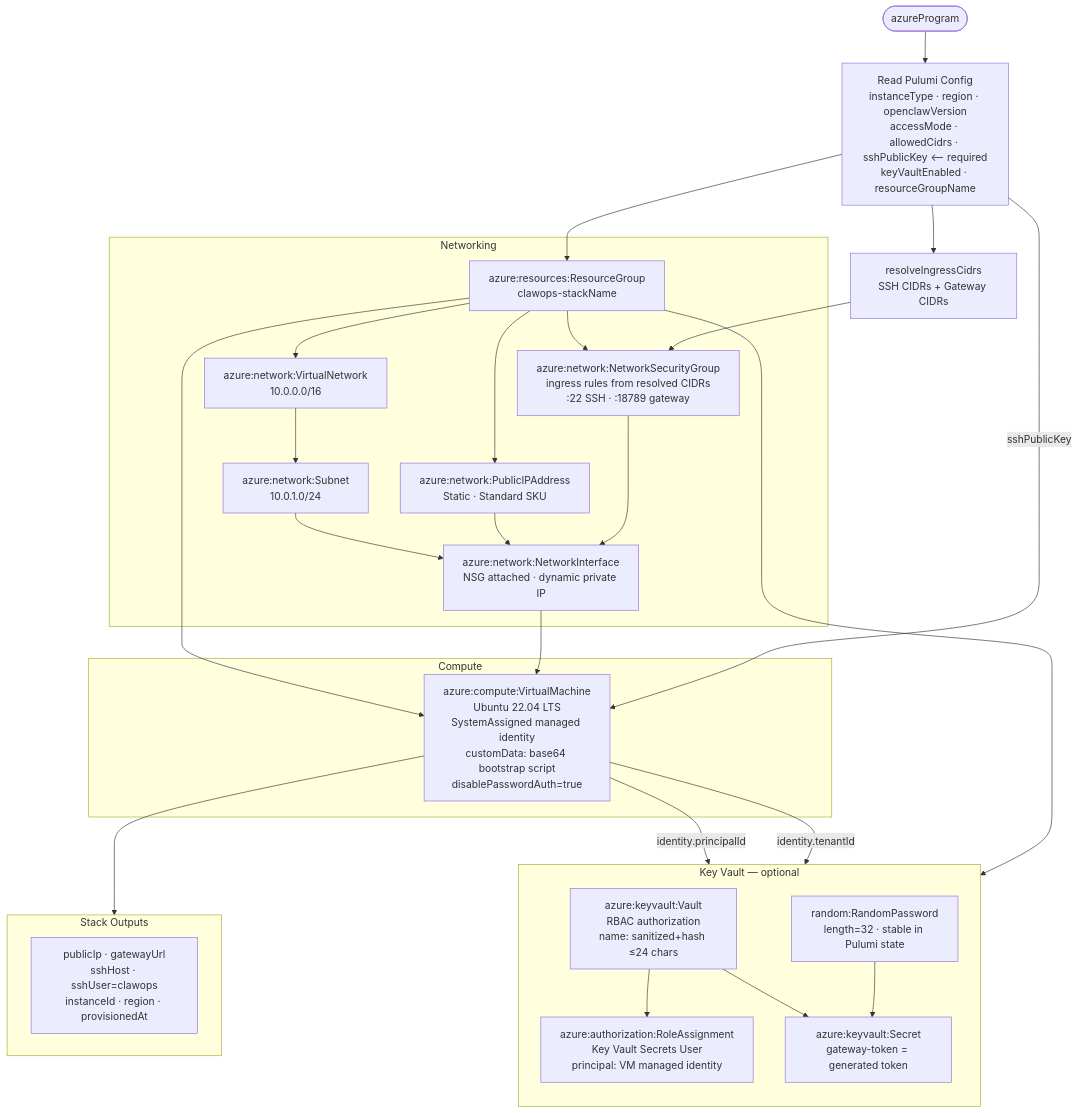
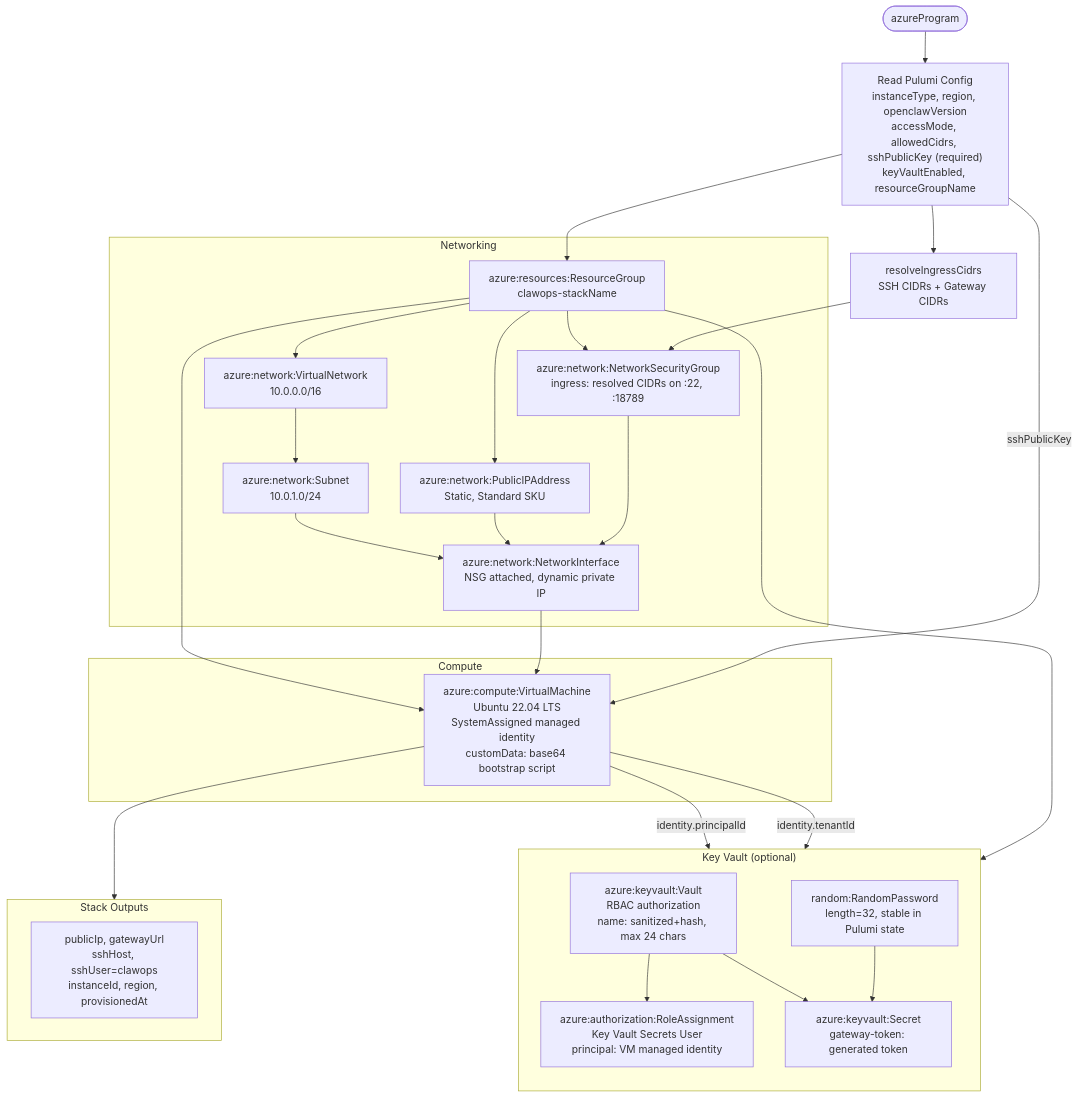
One commit to dfridkin/clawops changed the third of 3 diagrams in README.md. Above: the diagram before and after it, drawn with Mermaid. The commit also changed other lines of this file, not shown here.

First line of the commit message:
fix(docs): fix Mermaid diagram syntax for VS Code compatibility

````diff
--- a/README.md
+++ b/README.md
@@ -507,54 +507,54 @@
 ```mermaid
 flowchart TD
-    A([azureProgram]) --> CFG[Read Pulumi Config\ninstanceType · region · openclawVersion\naccessMode · allowedCidrs · sshPublicKey ⟵ required\nkeyVaultEnabled · resourceGroupName]
+    A([azureProgram]) --> CFG["Read Pulumi Config\ninstanceType, region, openclawVersion\naccessMode, allowedCidrs, sshPublicKey (required)\nkeyVaultEnabled, resourceGroupName"]
 
-    CFG --> CIDR[resolveIngressCidrs\nSSH CIDRs + Gateway CIDRs]
-    CFG --> RG[azure:resources:ResourceGroup\nclawops-stackName]
+    CFG --> CIDR["resolveIngressCidrs\nSSH CIDRs + Gateway CIDRs"]
+    CFG --> RG["azure:resources:ResourceGroup\nclawops-stackName"]
 
-    subgraph NET [Networking]
-        VNET[azure:network:VirtualNetwork\n10.0.0.0/16]
-        SUBNET[azure:network:Subnet\n10.0.1.0/24]
-        NSG[azure:network:NetworkSecurityGroup\ningress rules from resolved CIDRs\n:22 SSH · :18789 gateway]
-        PIP[azure:network:PublicIPAddress\nStatic · Standard SKU]
-        NIC[azure:network:NetworkInterface\nNSG attached · dynamic private IP]
+    subgraph NET["Networking"]
+        VNET["azure:network:VirtualNetwork\n10.0.0.0/16"]
+        SUBNET["azure:network:Subnet\n10.0.1.0/24"]
+        NSG["azure:network:NetworkSecurityGroup\ningress: resolved CIDRs on :22, :18789"]
+        PIP["azure:network:PublicIPAddress\nStatic, Standard SKU"]
+        NIC["azure:network:NetworkInterface\nNSG attached, dynamic private IP"]
 
         RG --> VNET --> SUBNET
         RG --> NSG
         RG --> PIP
         SUBNET --> NIC
         PIP --> NIC
         NSG --> NIC
     end
 
     CIDR --> NSG
 
-    subgraph COMPUTE [Compute]
-        VM[azure:compute:VirtualMachine\nUbuntu 22.04 LTS\nSystemAssigned managed identity\ncustomData: base64 bootstrap script\ndisablePasswordAuth=true]
+    subgraph COMPUTE["Compute"]
+        VM["azure:compute:VirtualMachine\nUbuntu 22.04 LTS\nSystemAssigned managed identity\ncustomData: base64 bootstrap script"]
     end
 
     RG --> VM
     NIC --> VM
     CFG -->|sshPublicKey| VM
 
-    subgraph KV [Key Vault — optional]
+    subgraph KV["Key Vault (optional)"]
         direction TB
-        VAULT[azure:keyvault:Vault\nRBAC authorization\nname: sanitized+hash ≤24 chars]
-        RA[azure:authorization:RoleAssignment\nKey Vault Secrets User\nprincipal: VM managed identity]
-        RPASS[random:RandomPassword\nlength=32 · stable in Pulumi state]
-        SECRET[azure:keyvault:Secret\ngateway-token = generated token]
+        VAULT["azure:keyvault:Vault\nRBAC authorization\nname: sanitized+hash, max 24 chars"]
+        RA["azure:authorization:RoleAssignment\nKey Vault Secrets User\nprincipal: VM managed identity"]
+        RPASS["random:RandomPassword\nlength=32, stable in Pulumi state"]
+        SECRET["azure:keyvault:Secret\ngateway-token: generated token"]
 
         VAULT --> RA
         VAULT --> SECRET
         RPASS --> SECRET
     end
 
     VM -->|identity.principalId| RA
     VM -->|identity.tenantId| VAULT
     RG --> VAULT
 
     VM --> OUT
 
-    subgraph OUT [Stack Outputs]
-        O1[publicIp · gatewayUrl\nsshHost · sshUser=clawops\ninstanceId · region · provisionedAt]
+    subgraph OUT["Stack Outputs"]
+        O1["publicIp, gatewayUrl\nsshHost, sshUser=clawops\ninstanceId, region, provisionedAt"]
     end
 ```
````
